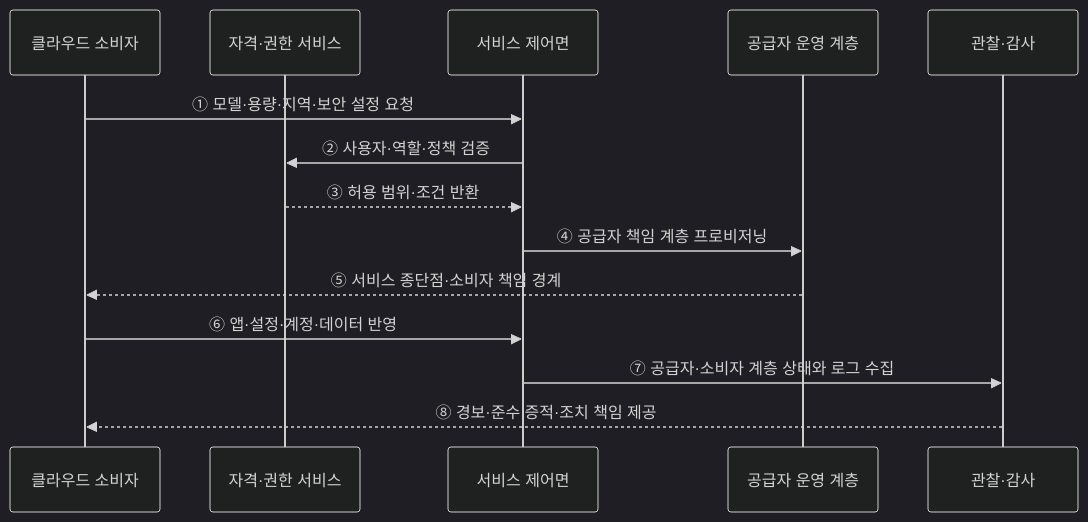
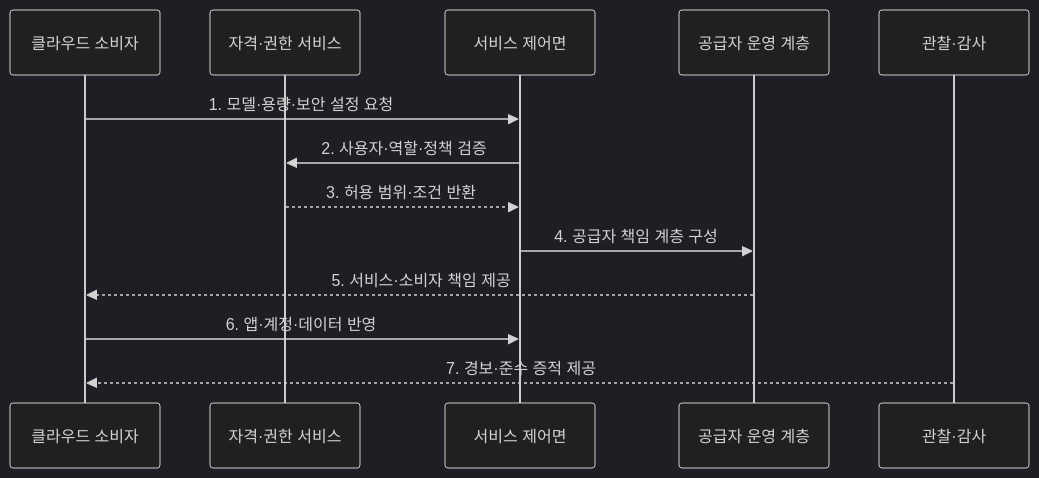
One commit to agnusdei1207/knowledge-base changed the second of 2 diagrams in src/content/docs/notes/03-software/141_cloud_service_models.md. Above: the diagram before and after it, drawn with Mermaid (dark theme). The commit also changed other lines of this file and 20 other files, not shown here.

````diff
--- a/src/content/docs/notes/03-software/141_cloud_service_models.md
+++ b/src/content/docs/notes/03-software/141_cloud_service_models.md
@@ -77,16 +81,15 @@
 ```mermaid
 sequenceDiagram
     participant C as 클라우드 소비자
     participant I as 자격·권한 서비스
     participant P as 서비스 제어면
     participant R as 공급자 운영 계층
     participant M as 관찰·감사
-    C->>P: ① 모델·용량·지역·보안 설정 요청
-    P->>I: ② 사용자·역할·정책 검증
-    I-->>P: ③ 허용 범위·조건 반환
-    P->>R: ④ 공급자 책임 계층 프로비저닝
-    R-->>C: ⑤ 서비스 종단점·소비자 책임 경계
-    C->>P: ⑥ 앱·설정·계정·데이터 반영
-    P->>M: ⑦ 공급자·소비자 계층 상태와 로그 수집
-    M-->>C: ⑧ 경보·준수 증적·조치 책임 제공
+    C->>P: 1. 모델·용량·보안 설정 요청
+    P->>I: 2. 사용자·역할·정책 검증
+    I-->>P: 3. 허용 범위·조건 반환
+    P->>R: 4. 공급자 책임 계층 구성
+    R-->>C: 5. 서비스·소비자 책임 제공
+    C->>P: 6. 앱·계정·데이터 반영
+    M-->>C: 7. 경보·준수 증적 제공
 ```
````
